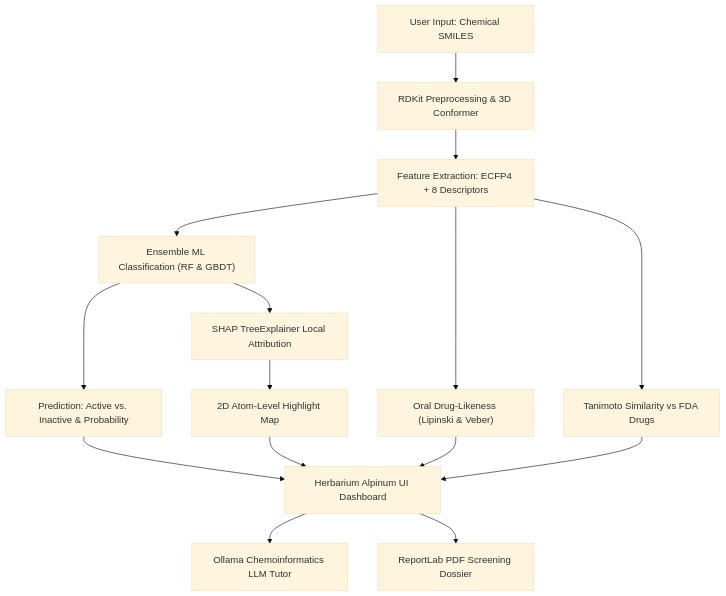
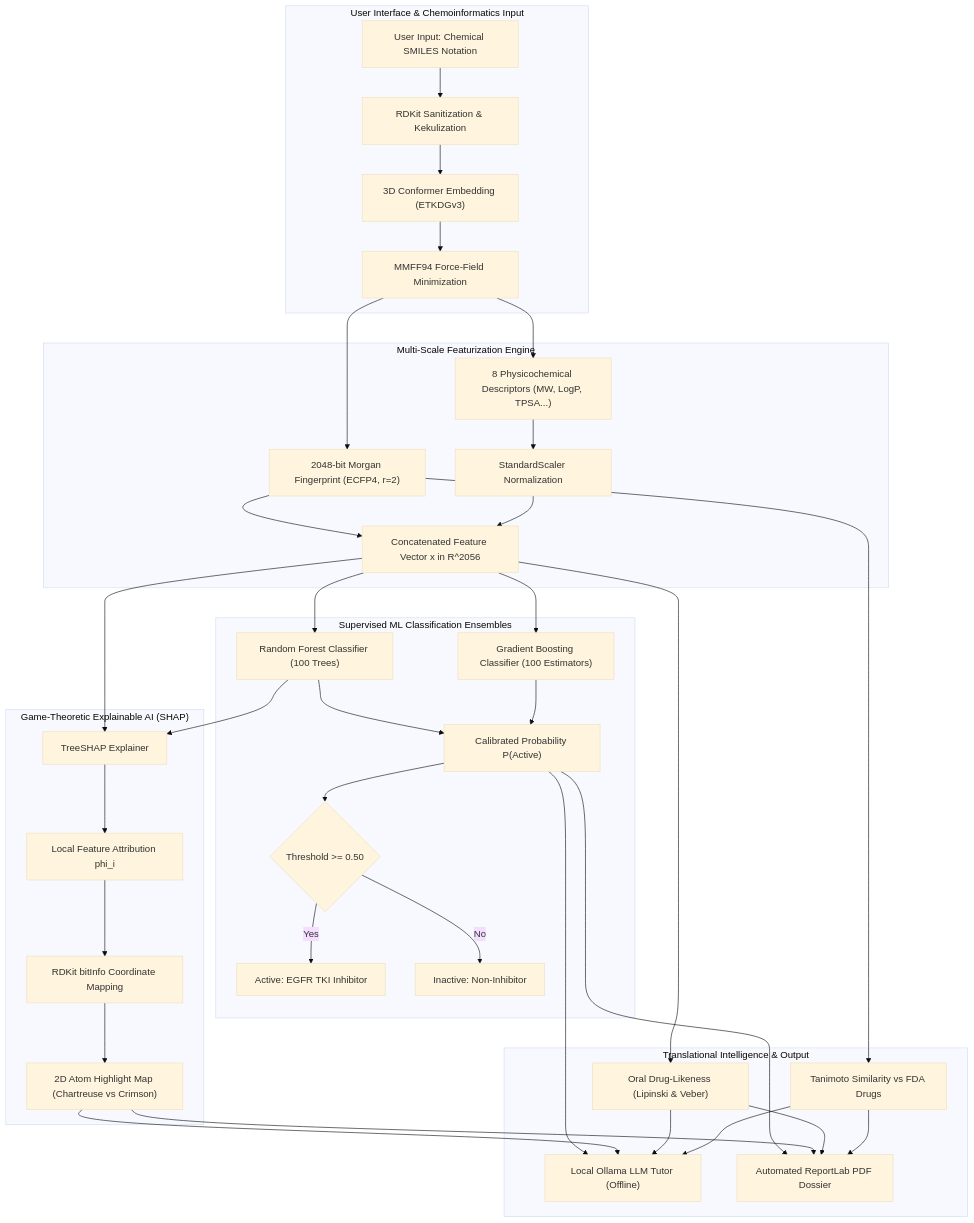
The diagram in PROJECT_REPORT.md (kuntalsaha05/EGFR-DrugDiscovery-XAI), drawn with Mermaid (base theme) before and after one commit. The commit also changed other lines of this file and 3 other files, not shown here.

````diff
--- a/PROJECT_REPORT.md
+++ b/PROJECT_REPORT.md
@@ -327,14 +159,55 @@
 ```mermaid
 flowchart TD
-    A["User Input: Chemical SMILES"] --> B["RDKit Preprocessing & 3D Conformer"]
-    B --> C["Feature Extraction: ECFP4 + 8 Descriptors"]
-    C --> D["Ensemble ML Classification (RF & GBDT)"]
-    D --> E["Prediction: Active vs. Inactive & Probability"]
-    D --> F["SHAP TreeExplainer Local Attribution"]
-    F --> G["2D Atom-Level Highlight Map"]
-    C --> H["Oral Drug-Likeness (Lipinski & Veber)"]
-    C --> I["Tanimoto Similarity vs FDA Drugs"]
-    E & G & H & I --> J["Herbarium Alpinum UI Dashboard"]
-    J --> K["Ollama Chemoinformatics LLM Tutor"]
-    J --> L["ReportLab PDF Screening Dossier"]
+    subgraph UI["User Interface & Chemoinformatics Input"]
+        A["User Input: Chemical SMILES Notation"]
+        B["RDKit Sanitization & Kekulization"]
+        C["3D Conformer Embedding (ETKDGv3)"]
+        D["MMFF94 Force-Field Minimization"]
+        A --> B --> C --> D
+    end
+
+    subgraph FEAT["Multi-Scale Featurization Engine"]
+        E["2048-bit Morgan Fingerprint (ECFP4, r=2)"]
+        F["8 Physicochemical Descriptors (MW, LogP, TPSA...)"]
+        G["StandardScaler Normalization"]
+        D --> E
+        D --> F --> G
+        H["Concatenated Feature Vector x in R^2056"]
+        E --> H
+        G --> H
+    end
+
+    subgraph MODELS["Supervised ML Classification Ensembles"]
+        I["Random Forest Classifier (100 Trees)"]
+        J["Gradient Boosting Classifier (100 Estimators)"]
+        H --> I
+        H --> J
+        K["Calibrated Probability P(Active)"]
+        I & J --> K
+        L{"Threshold >= 0.50"}
+        K --> L
+        M["Active: EGFR TKI Inhibitor"]
+        N["Inactive: Non-Inhibitor"]
+        L -- Yes --> M
+        L -- No --> N
+    end
+
+    subgraph XAI["Game-Theoretic Explainable AI (SHAP)"]
+        O["TreeSHAP Explainer"]
+        P["Local Feature Attribution phi_i"]
+        Q["RDKit bitInfo Coordinate Mapping"]
+        R["2D Atom Highlight Map (Chartreuse vs Crimson)"]
+        H & I --> O --> P --> Q --> R
+    end
+
+    subgraph TRANSLATE["Translational Intelligence & Output"]
+        S["Oral Drug-Likeness (Lipinski & Veber)"]
+        T["Tanimoto Similarity vs FDA Drugs"]
+        U["Local Ollama LLM Tutor (Offline)"]
+        V["Automated ReportLab PDF Dossier"]
+        H --> S
+        E --> T
+        K & R & S & T --> U
+        K & R & S & T --> V
+    end
 ```
````
